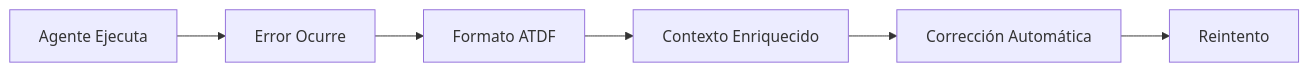
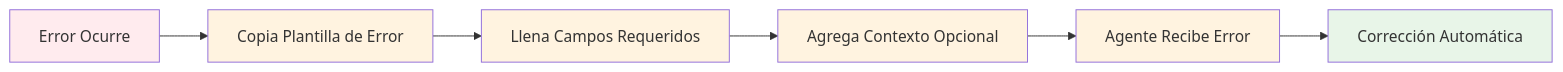
Before and after one commit to MauricioPerera/agent-tool-description-format: the second of 2 diagrams in docs/ATDF_SPECIFICATION.md, drawn with Mermaid. The commit also changed other lines of this file and 14 other files, not shown here.

````diff
--- a/docs/ATDF_SPECIFICATION.md
+++ b/docs/ATDF_SPECIFICATION.md
@@ -203,8 +394,15 @@
 ```mermaid
-graph LR
-    A[Agente Ejecuta] --> B[Error Ocurre]
-    B --> C[Formato ATDF]
-    C --> D[Contexto Enriquecido]
-    D --> E[Corrección Automática]
-    E --> F[Reintento]
+flowchart LR
+    A[Error Ocurre] --> B[Copia Plantilla de Error]
+    B --> C[Llena Campos Requeridos]
+    C --> D[Agrega Contexto Opcional]
+    D --> E[Agente Recibe Error]
+    E --> F[Corrección Automática]
+    
+    style A fill:#ffebee
+    style F fill:#e8f5e8
+    style B fill:#fff3e0
+    style C fill:#fff3e0
+    style D fill:#fff3e0
+    style E fill:#fff3e0
 ```
````
